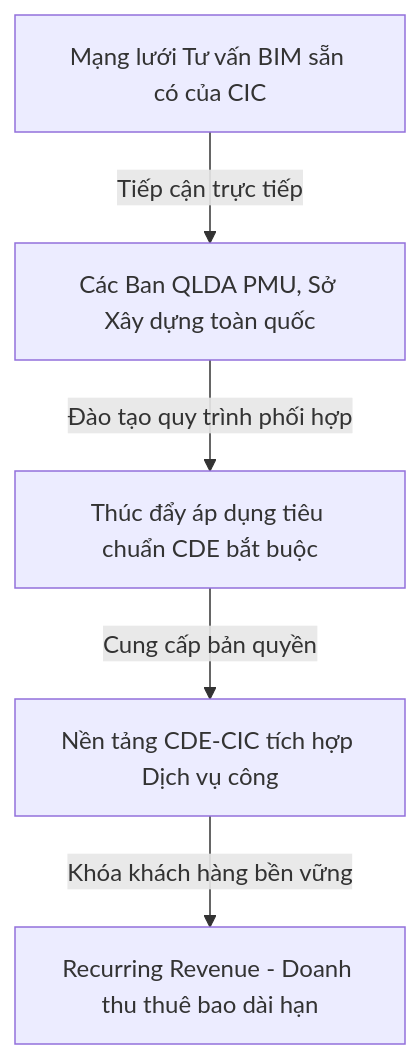
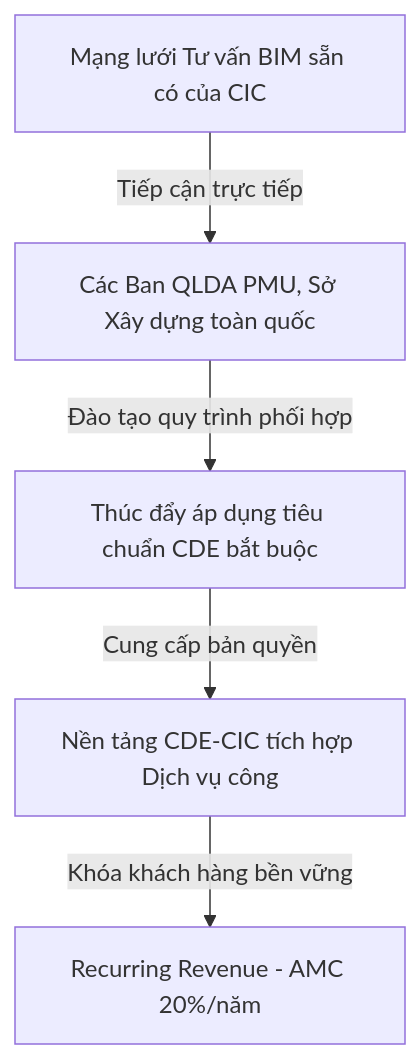
The first of 4 diagrams in Docs/nghien-cuu-kha-thi/bao-cao-nghien-cuu-kha-thi-cde-cic.md (appdev-cmd/cic-cde), drawn with Mermaid before and after one commit. The commit also changed other lines of this file and 48 other files, not shown here.

````diff
--- a/Docs/nghien-cuu-kha-thi/bao-cao-nghien-cuu-kha-thi-cde-cic.md
+++ b/Docs/nghien-cuu-kha-thi/bao-cao-nghien-cuu-kha-thi-cde-cic.md
@@ -31,7 +44,7 @@
 ```mermaid
 graph TD
     A[Mạng lưới Tư vấn BIM sẵn có của CIC] -->|Tiếp cận trực tiếp| B[Các Ban QLDA PMU, Sở Xây dựng toàn quốc]
     B -->|Đào tạo quy trình phối hợp| C[Thúc đẩy áp dụng tiêu chuẩn CDE bắt buộc]
     C -->|Cung cấp bản quyền| D[Nền tảng CDE-CIC tích hợp Dịch vụ công]
-    D -->|Khóa khách hàng bền vững| E[Recurring Revenue - Doanh thu thuê bao dài hạn]
+    D -->|Khóa khách hàng bền vững| E[Recurring Revenue - AMC 20%/năm]
 ```
````
